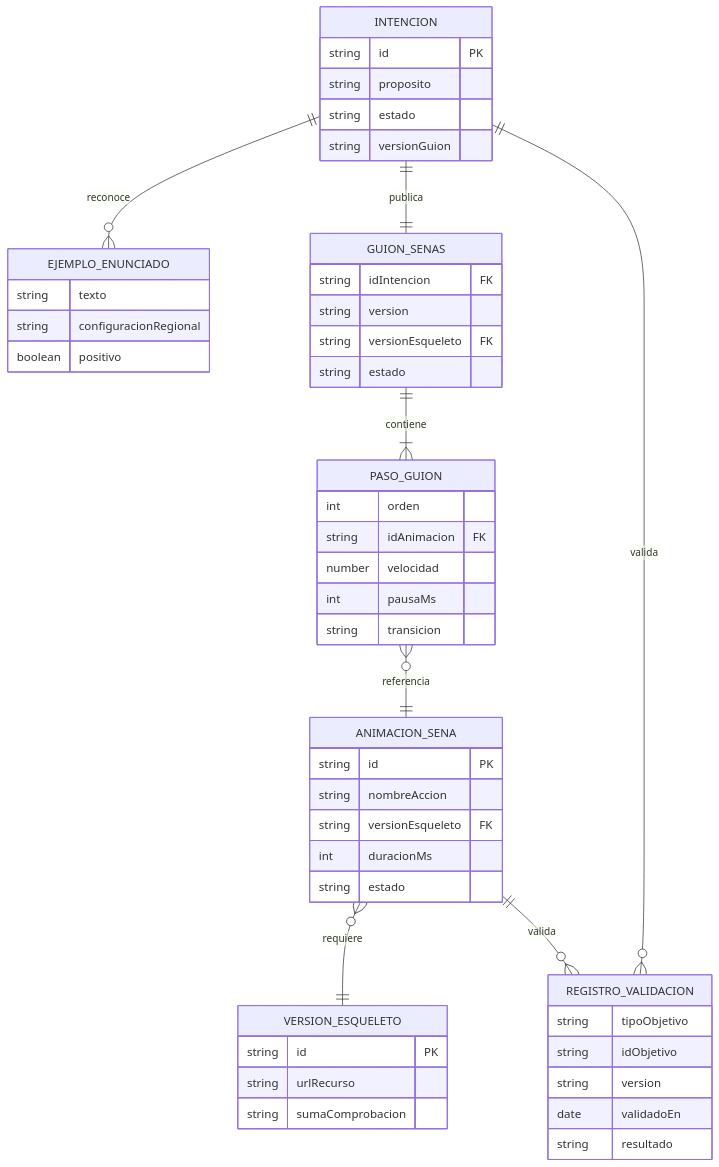
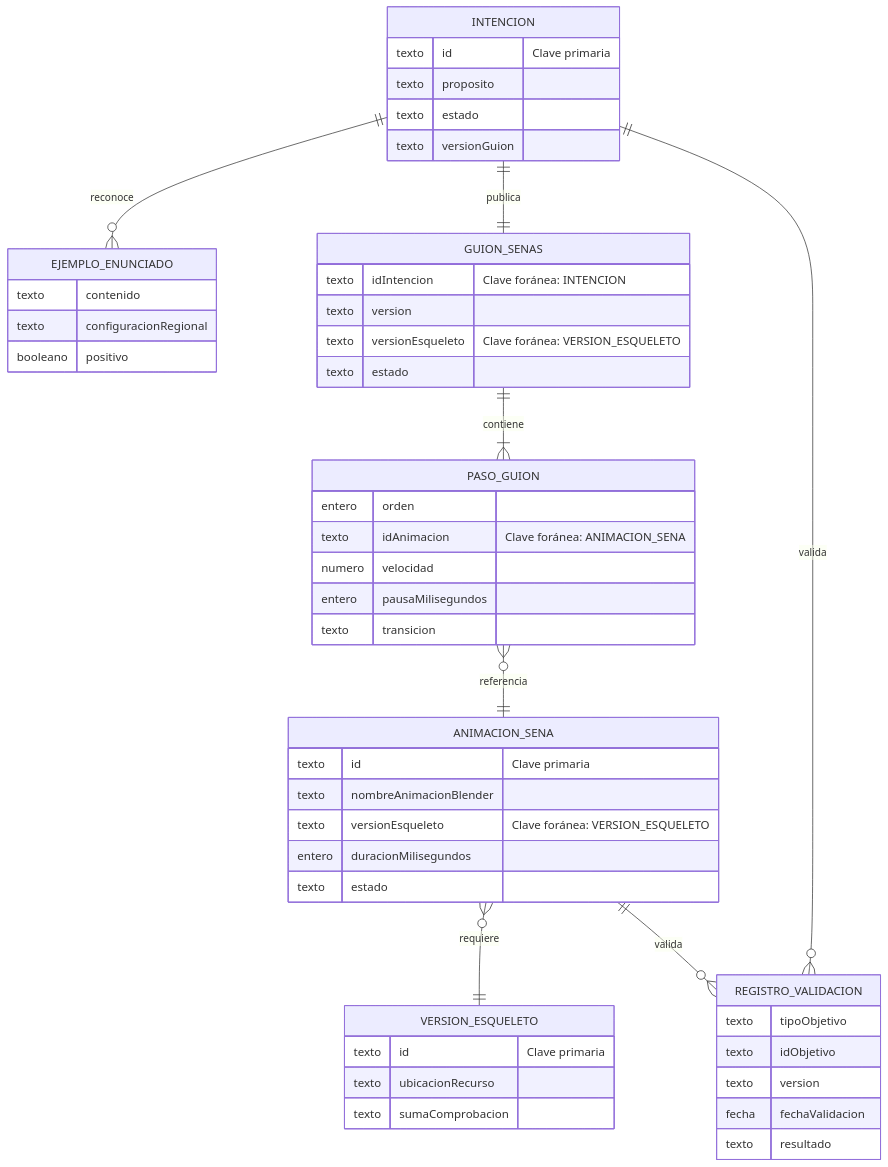
Before and after one commit to JhonatanC4STRO/NexoLSC: the diagram in docs/06-arquitectura/modelo-datos.md, drawn with Mermaid. The commit also changed other lines of this file and 3 other files, not shown here.

````diff
--- a/docs/06-arquitectura/modelo-datos.md
+++ b/docs/06-arquitectura/modelo-datos.md
@@ -8,54 +16,54 @@
 ```mermaid
 erDiagram
     INTENCION ||--o{ EJEMPLO_ENUNCIADO : reconoce
     INTENCION ||--|| GUION_SENAS : publica
     GUION_SENAS ||--|{ PASO_GUION : contiene
     PASO_GUION }o--|| ANIMACION_SENA : referencia
     ANIMACION_SENA }o--|| VERSION_ESQUELETO : requiere
     INTENCION ||--o{ REGISTRO_VALIDACION : valida
     ANIMACION_SENA ||--o{ REGISTRO_VALIDACION : valida
 
     INTENCION {
-      string id PK
-      string proposito
-      string estado
-      string versionGuion
+      texto id "Clave primaria"
+      texto proposito
+      texto estado
+      texto versionGuion
     }
     EJEMPLO_ENUNCIADO {
-      string texto
-      string configuracionRegional
-      boolean positivo
+      texto contenido
+      texto configuracionRegional
+      booleano positivo
     }
     GUION_SENAS {
-      string idIntencion FK
-      string version
-      string versionEsqueleto FK
-      string estado
+      texto idIntencion "Clave foránea: INTENCION"
+      texto version
+      texto versionEsqueleto "Clave foránea: VERSION_ESQUELETO"
+      texto estado
     }
     PASO_GUION {
-      int orden
-      string idAnimacion FK
-      number velocidad
-      int pausaMs
-      string transicion
+      entero orden
+      texto idAnimacion "Clave foránea: ANIMACION_SENA"
+      numero velocidad
+      entero pausaMilisegundos
+      texto transicion
     }
     ANIMACION_SENA {
-      string id PK
-      string nombreAccion
-      string versionEsqueleto FK
-      int duracionMs
-      string estado
+      texto id "Clave primaria"
+      texto nombreAnimacionBlender
+      texto versionEsqueleto "Clave foránea: VERSION_ESQUELETO"
+      entero duracionMilisegundos
+      texto estado
     }
     VERSION_ESQUELETO {
-      string id PK
-      string urlRecurso
-      string sumaComprobacion
+      texto id "Clave primaria"
+      texto ubicacionRecurso
+      texto sumaComprobacion
     }
     REGISTRO_VALIDACION {
-      string tipoObjetivo
-      string idObjetivo
-      string version
-      date validadoEn
-      string resultado
+      texto tipoObjetivo
+      texto idObjetivo
+      texto version
+      fecha fechaValidacion
+      texto resultado
     }
 ```
````
